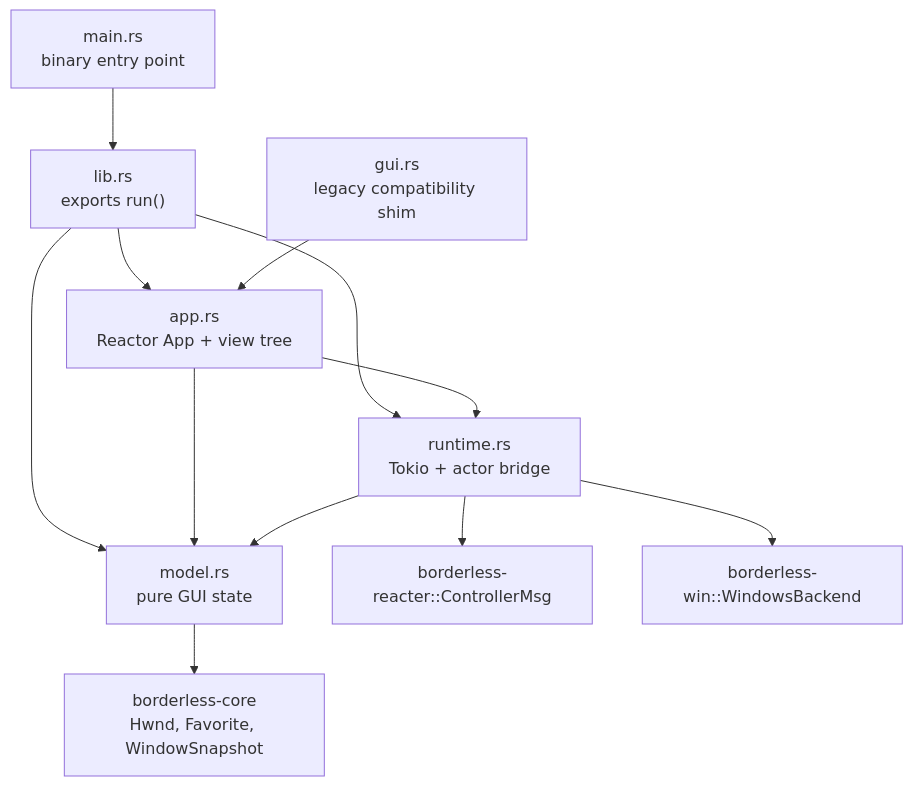
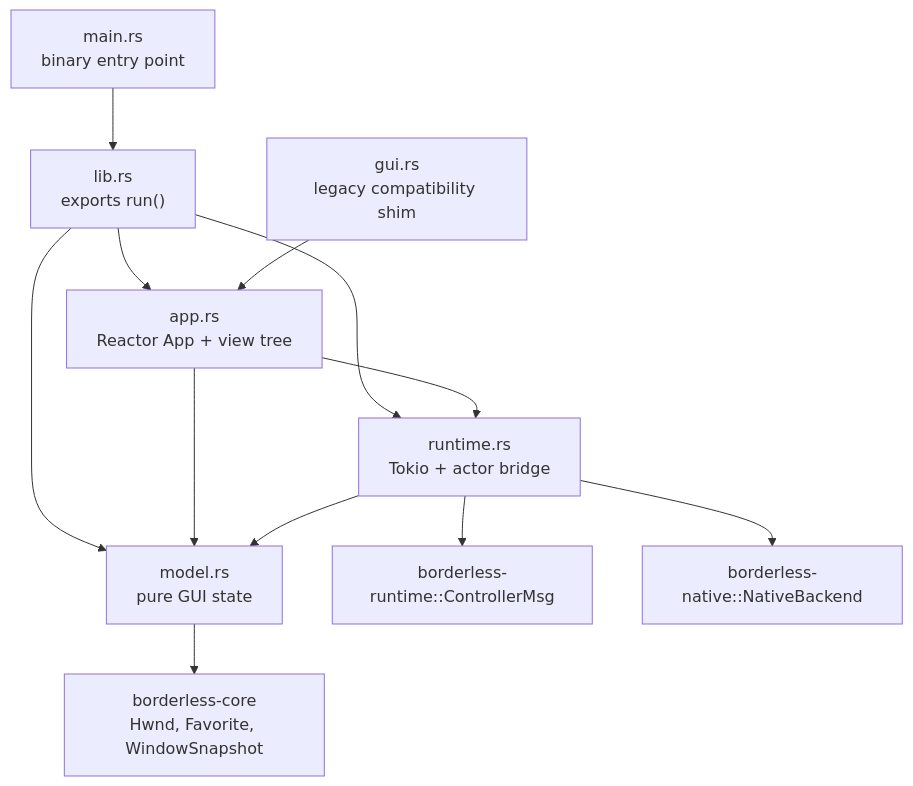
The second of 3 diagrams in docs/reactor-gui-implementation-notes.md (Sanzentyo/borderless-rs), drawn with Mermaid before and after one commit. The commit also changed other lines of this file and 31 other files, not shown here.

Commit message:
refactor: rename runtime and native crates

````diff
--- a/docs/reactor-gui-implementation-notes.md
+++ b/docs/reactor-gui-implementation-notes.md
@@ -98,15 +98,15 @@
 ```mermaid
 flowchart TD
     Main["main.rs\nbinary entry point"] --> Lib["lib.rs\nexports run()"]
     Lib --> App["app.rs\nReactor App + view tree"]
     Lib --> Model["model.rs\npure GUI state"]
     Lib --> Runtime["runtime.rs\nTokio + actor bridge"]
     GuiShim["gui.rs\nlegacy compatibility shim"] --> App
 
     App --> Model
     App --> Runtime
     Runtime --> Model
-    Runtime --> ReacterApi["borderless-reacter::ControllerMsg"]
-    Runtime --> Backend["borderless-win::WindowsBackend"]
+    Runtime --> RuntimeApi["borderless-runtime::ControllerMsg"]
+    Runtime --> Backend["borderless-native::NativeBackend"]
     Model --> Domain["borderless-core\nHwnd, Favorite, WindowSnapshot"]
 ```
````
